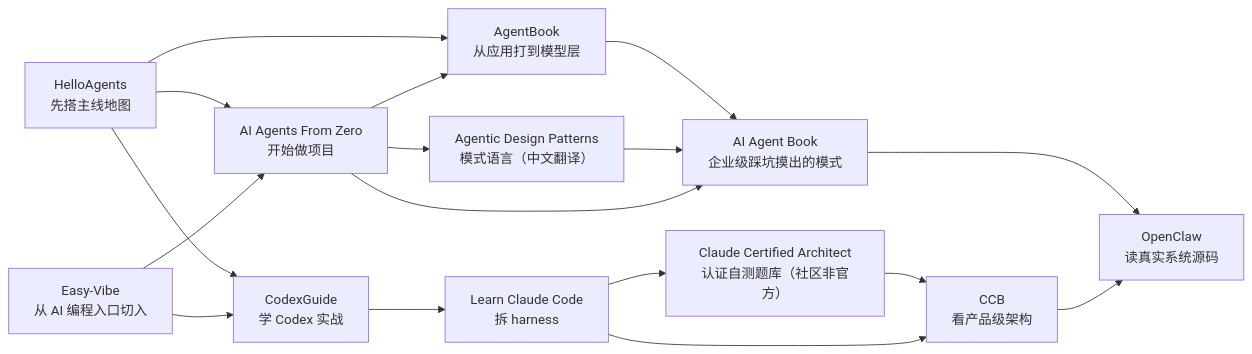
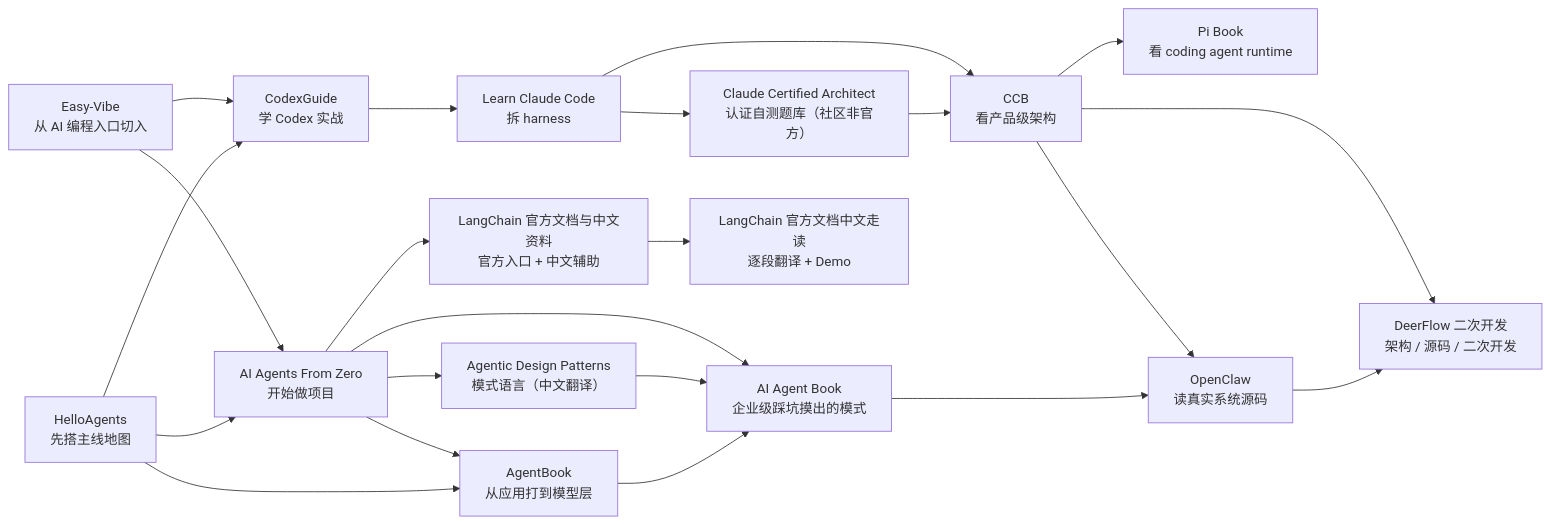
One commit to xiaomingtx12/nice-ai-agent-study-resources changed the diagram in docs/resources/index.md. Above: the diagram before and after it, drawn with Mermaid. The commit also changed other lines of this file and 17 other files, not shown here.

````diff
--- a/docs/resources/index.md
+++ b/docs/resources/index.md
@@ -37,31 +38,40 @@
 ```mermaid
 flowchart LR
   H["HelloAgents<br/>先搭主线地图"]
   Z["AI Agents From Zero<br/>开始做项目"]
   E["Easy-Vibe<br/>从 AI 编程入口切入"]
   G["CodexGuide<br/>学 Codex 实战"]
   AB["AgentBook<br/>从应用打到模型层"]
   L["Learn Claude Code<br/>拆 harness"]
   CA["Claude Certified Architect<br/>认证自测题库（社区非官方）"]
   C["CCB<br/>看产品级架构"]
+  P["Pi Book<br/>看 coding agent runtime"]
   A["Agentic Design Patterns<br/>模式语言（中文翻译）"]
   B["AI Agent Book<br/>企业级踩坑摸出的模式"]
   O["OpenClaw<br/>读真实系统源码"]
+  D["DeerFlow 二次开发<br/>架构 / 源码 / 二次开发"]
+  LD["LangChain 官方文档与中文资料<br/>官方入口 + 中文辅助"]
+  LW["LangChain 官方文档中文走读<br/>逐段翻译 + Demo"]
 
   H --> Z
   E --> Z
   H --> G
   E --> G
   H --> AB
   Z --> AB
   AB --> B
   G --> L
   L --> CA
   CA --> C
   L --> C
+  C --> P
   Z --> A
   A --> B
   Z --> B
   B --> O
   C --> O
+  O --> D
+  C --> D
+  Z --> LD
+  LD --> LW
 ```
````
